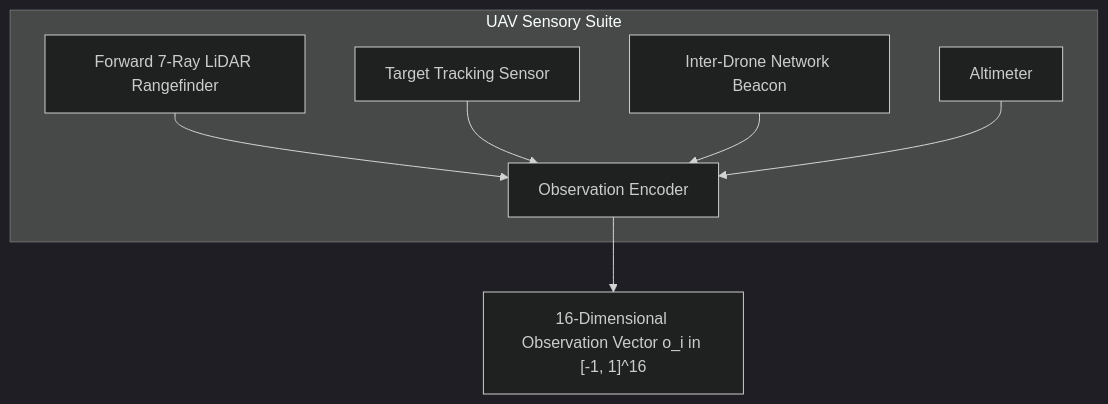
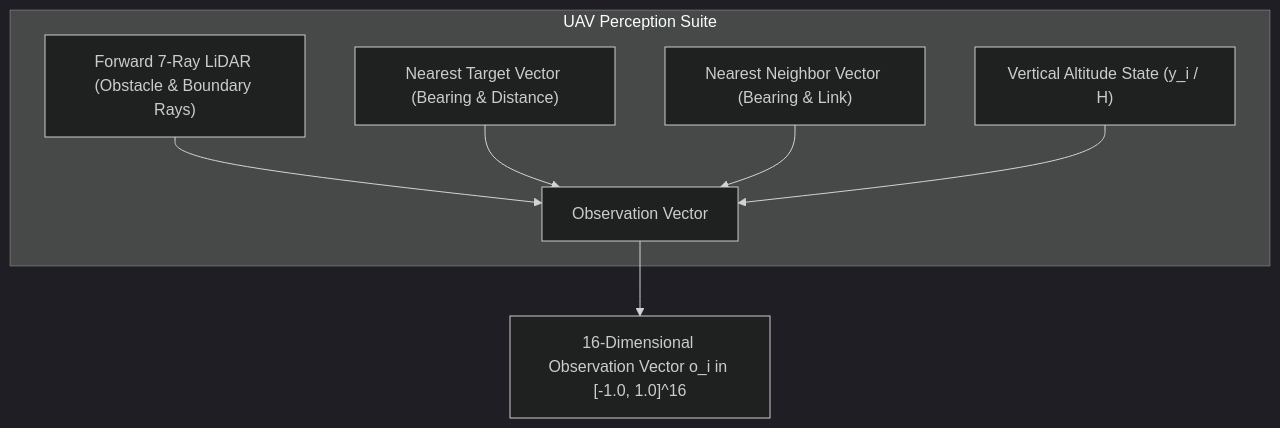
Before and after one commit to HamBa-m/scrollswarm: the diagram in docs/environment/observation.md, drawn with Mermaid (dark theme). The commit also changed other lines of this file and 5 other files, not shown here.

Commit message:
docs(env): streamline theory, formalize message passing, and revise perception diagram

````diff
--- a/docs/environment/observation.md
+++ b/docs/environment/observation.md
@@ -14,10 +16,10 @@
 ```mermaid
 flowchart TD
-    subgraph UAV Sensory Suite
-        A["Forward 7-Ray LiDAR Rangefinder"] --> D["Observation Encoder"]
-        B["Target Tracking Sensor"] --> D
-        C["Inter-Drone Network Beacon"] --> D
-        E["Altimeter"] --> D
+    subgraph UAV Perception Suite
+        A["Forward 7-Ray LiDAR (Obstacle & Boundary Rays)"] --> E["Observation Vector"]
+        B["Nearest Target Vector (Bearing & Distance)"] --> E
+        C["Nearest Neighbor Vector (Bearing & Link)"] --> E
+        D["Vertical Altitude State (y_i / H)"] --> E
     end
-    D --> F["16-Dimensional Observation Vector o_i in [-1, 1]^16"]
+    E --> F["16-Dimensional Observation Vector o_i in [-1.0, 1.0]^16"]
 ```
````
